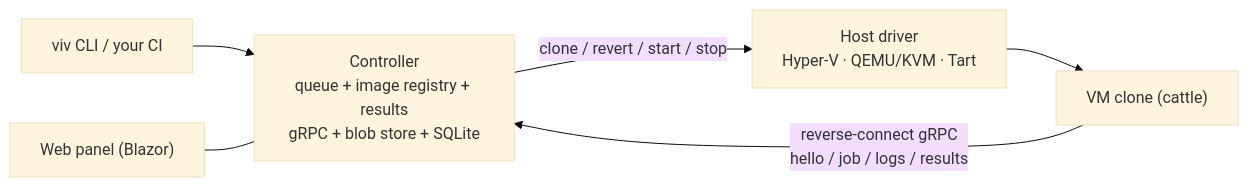
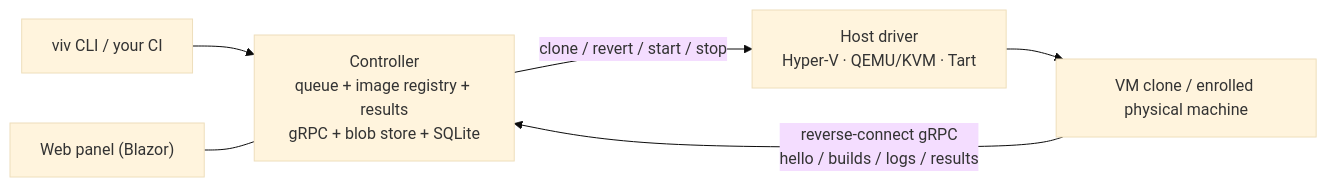
Before and after one commit to iXab3r/Vivarium: the diagram in README.md, drawn with Mermaid (base theme). The commit also changed other lines of this file and 3 other files, not shown here.

````diff
--- a/README.md
+++ b/README.md
@@ -24,9 +24,9 @@
 ```mermaid
 flowchart LR
     CLI["viv CLI / your CI"] --> C
     UI["Web panel (Blazor)"] --- C
     C["Controller<br/>queue + image registry + results<br/>gRPC + blob store + SQLite"]
     C -- "clone / revert / start / stop" --> D["Host driver<br/>Hyper-V · QEMU/KVM · Tart"]
-    D --> VM["VM clone (cattle)"]
-    VM -- "reverse-connect gRPC<br/>hello / job / logs / results" --> C
+    D --> VM["VM clone / enrolled physical machine"]
+    VM -- "reverse-connect gRPC<br/>hello / builds / logs / results" --> C
 ```
````
